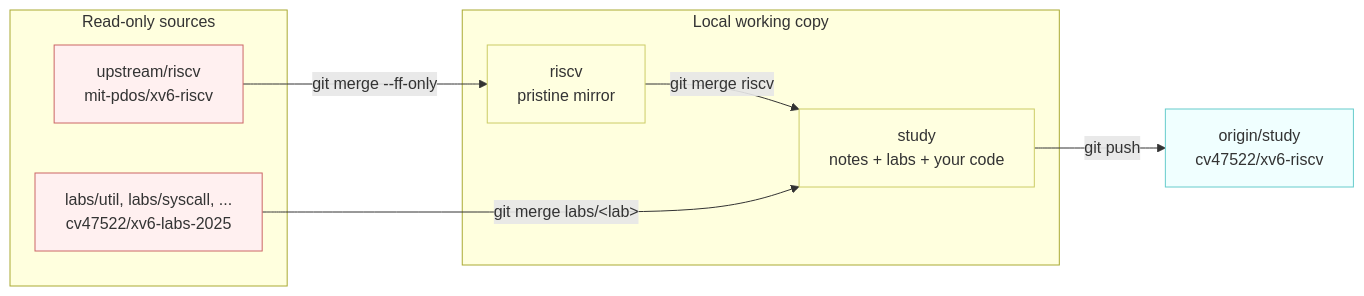
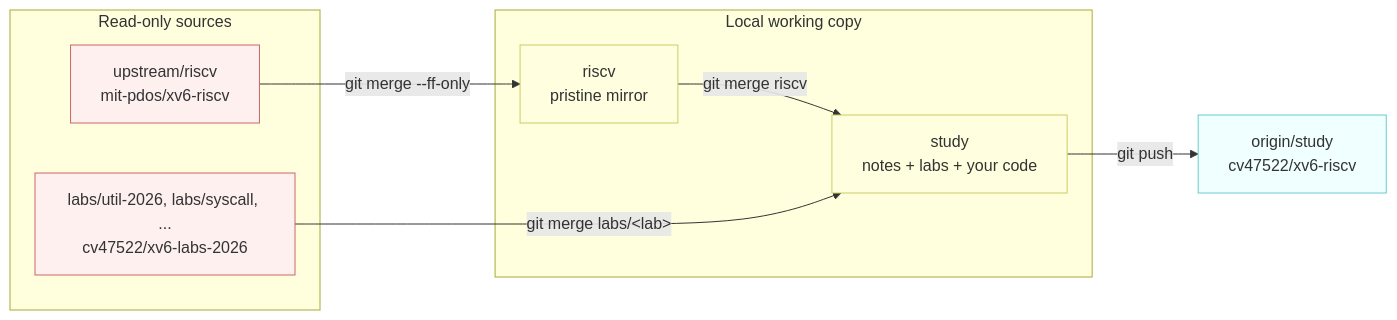
One commit to cv47522/xv6-riscv changed the diagram in docs/00-repo-workflow.md. Above: the diagram before and after it, drawn with Mermaid. The commit also changed other lines of this file and 2 other files, not shown here.

````diff
--- a/docs/00-repo-workflow.md
+++ b/docs/00-repo-workflow.md
@@ -29,24 +29,24 @@
 ```mermaid
 flowchart LR
     subgraph up["Read-only sources"]
         U["upstream/riscv<br/>mit-pdos/xv6-riscv"]
-        L["labs/util, labs/syscall, ...<br/>cv47522/xv6-labs-2025"]
+        L["labs/util-2026, labs/syscall, ...<br/>cv47522/xv6-labs-2026"]
     end
     subgraph local["Local working copy"]
         R["riscv<br/>pristine mirror"]
         S["study<br/>notes + labs + your code"]
     end
     O["origin/study<br/>cv47522/xv6-riscv"]
 
     U -->|"git merge --ff-only"| R
     R -->|"git merge riscv"| S
     L -->|"git merge labs/&lt;lab&gt;"| S
     S -->|"git push"| O
 
     classDef src fill:#fff0f0,stroke:#c66
     classDef work fill:#ffffe0,stroke:#cc6
     classDef done fill:#f0ffff,stroke:#6cc
     class U,L src
     class R,S work
     class O done
 ```
````
